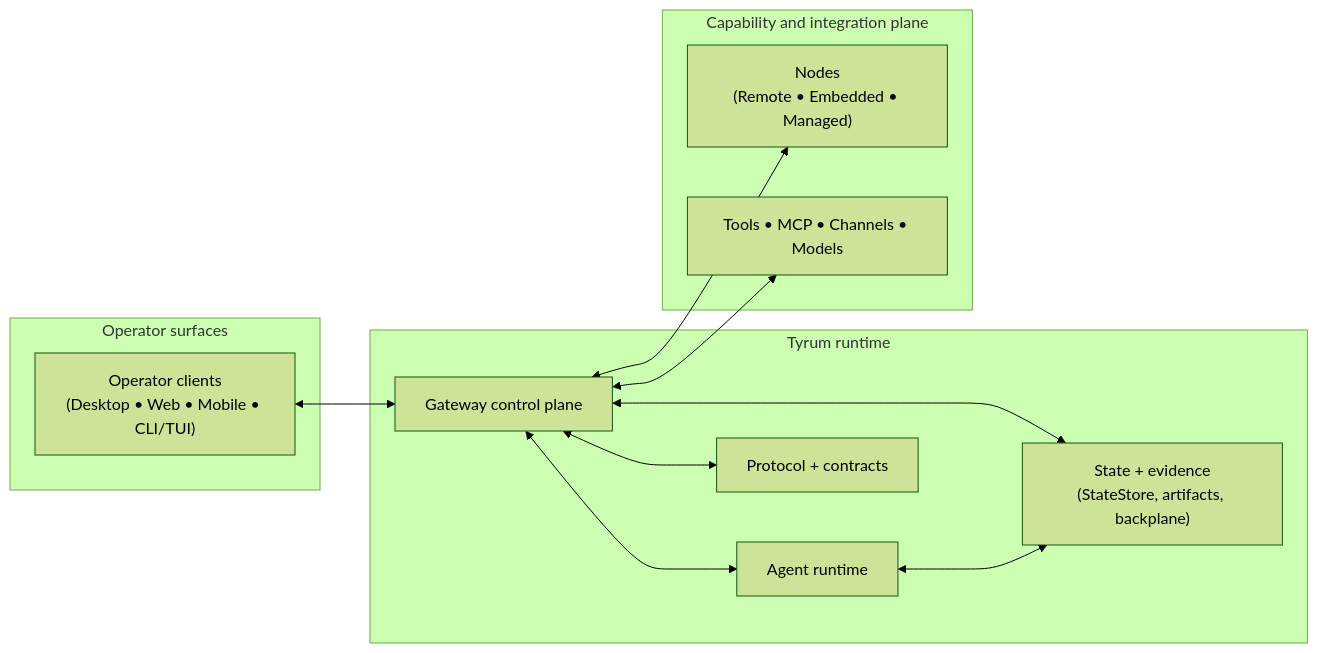
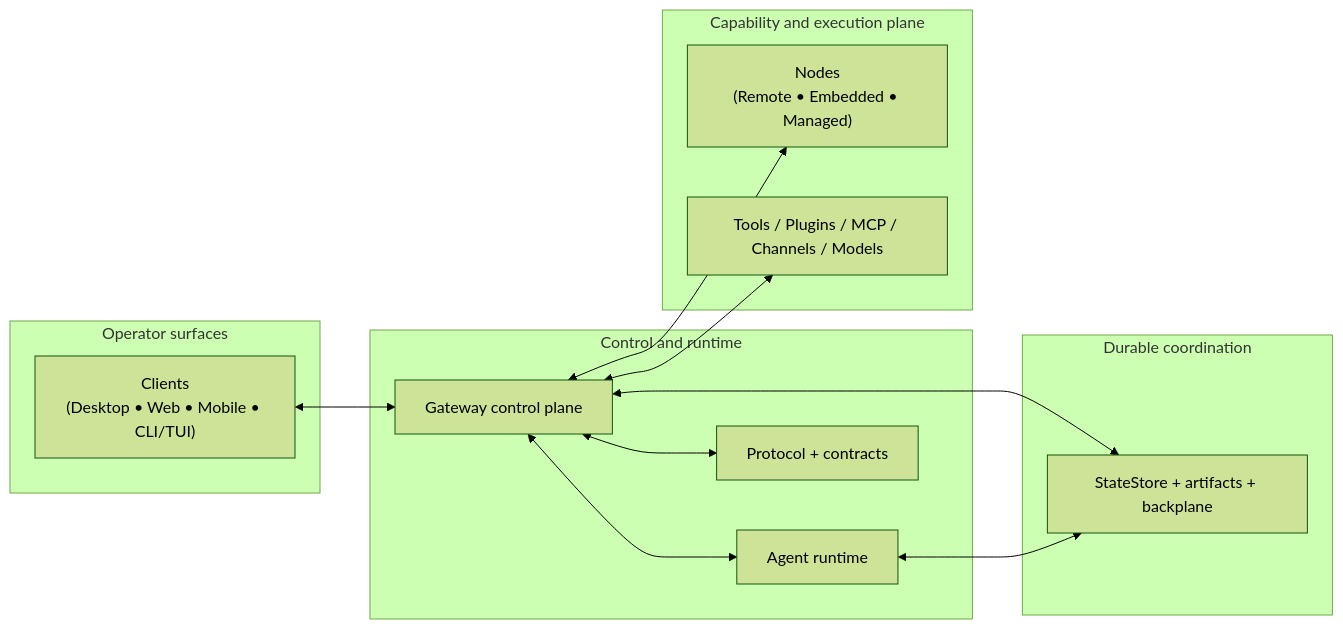
One commit to tyrumai/tyrum changed the diagram in docs/architecture/index.md. Above: the diagram before and after it, drawn with Mermaid (forest theme). The commit also changed other lines of this file and 23 other files, not shown here.

First line of the commit message:
docs: rewrite architecture docs phase 1

````diff
--- a/docs/architecture/index.md
+++ b/docs/architecture/index.md
@@ -22,26 +13,29 @@
 ```mermaid
 flowchart LR
   subgraph Surfaces["Operator surfaces"]
-    Client["Operator clients<br/>(Desktop • Web • Mobile • CLI/TUI)"]
+    Client["Clients<br/>(Desktop • Web • Mobile • CLI/TUI)"]
   end
 
-  subgraph Runtime["Tyrum runtime"]
+  subgraph Control["Control and runtime"]
     Gateway["Gateway control plane"]
     Agent["Agent runtime"]
     Protocol["Protocol + contracts"]
-    State["State + evidence<br/>(StateStore, artifacts, backplane)"]
   end
 
-  subgraph Providers["Capability and integration plane"]
+  subgraph Execution["Capability and execution plane"]
     Node["Nodes<br/>(Remote • Embedded • Managed)"]
-    Ext["Tools • MCP • Channels • Models"]
+    Tools["Tools / Plugins / MCP / Channels / Models"]
+  end
+
+  subgraph Durability["Durable coordination"]
+    State["StateStore + artifacts + backplane"]
   end
 
   Client <--> Gateway
   Gateway <--> Protocol
   Gateway <--> Agent
+  Gateway <--> Node
+  Gateway <--> Tools
   Gateway <--> State
   Agent <--> State
-  Gateway <--> Node
-  Gateway <--> Ext
 ```
````
